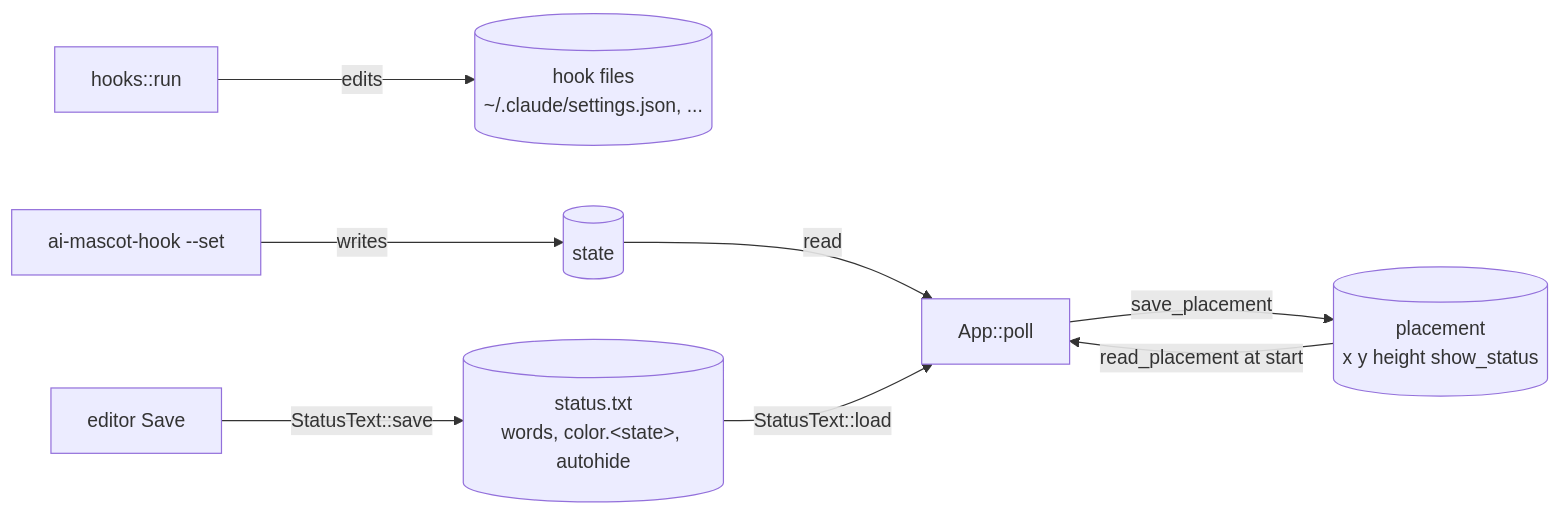
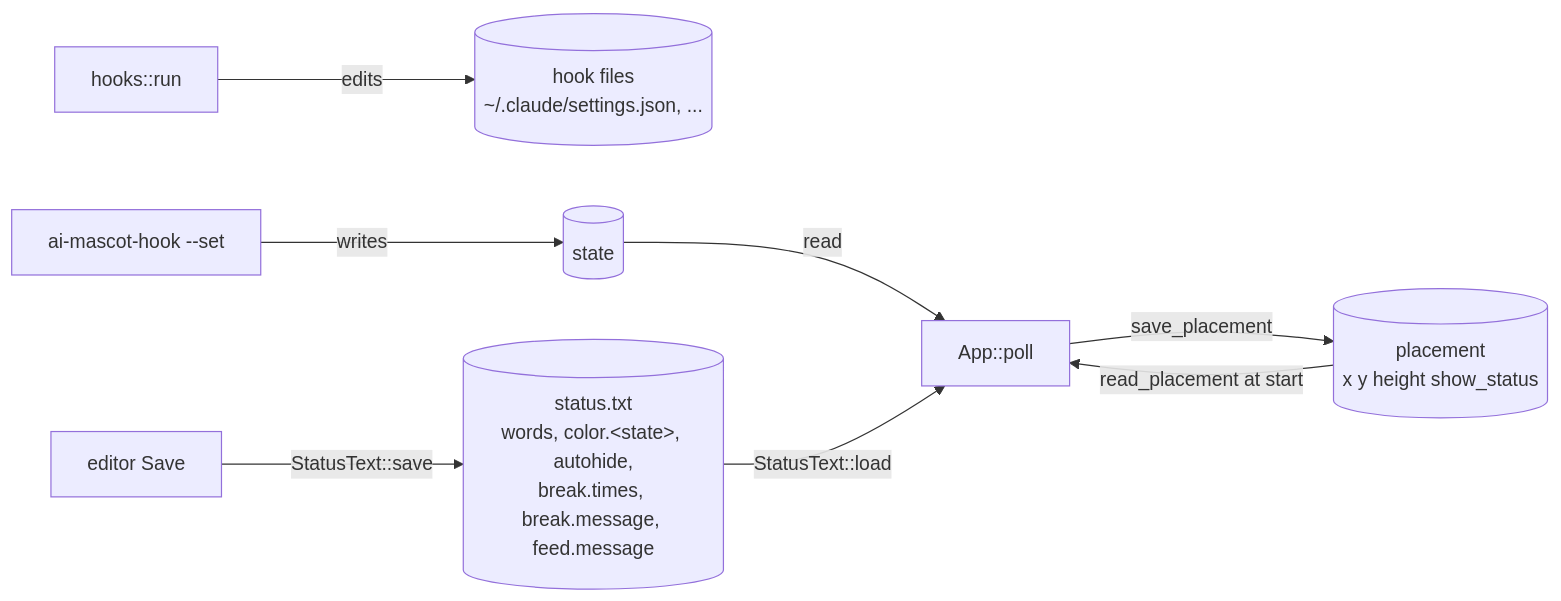
The seventh of 7 diagrams in docs/en/architecture.md (thanachaiakt/ai-mascot-hook), drawn with Mermaid before and after one commit. The commit also changed other lines of this file and 44 other files, not shown here.

````diff
--- a/docs/en/architecture.md
+++ b/docs/en/architecture.md
@@ -201,10 +209,10 @@
 ```mermaid
 flowchart LR
     hooks2["hooks::run"] -- "edits" --> settings[("hook files<br/>~/.claude/settings.json, ...")]
     setcmd["ai-mascot-hook --set"] -- "writes" --> state[("state")]
     state -- "read" --> app2["App::poll"]
     app2 -- "save_placement" --> placement[("placement<br/>x y height show_status")]
     placement -- "read_placement at start" --> app2
-    editor2["editor Save"] -- "StatusText::save" --> statustxt[("status.txt<br/>words, color.&lt;state&gt;, autohide")]
+    editor2["editor Save"] -- "StatusText::save" --> statustxt[("status.txt<br/>words, color.&lt;state&gt;, autohide,<br/>break.times, break.message, feed.message")]
     statustxt -- "StatusText::load" --> app2
 ```
````
